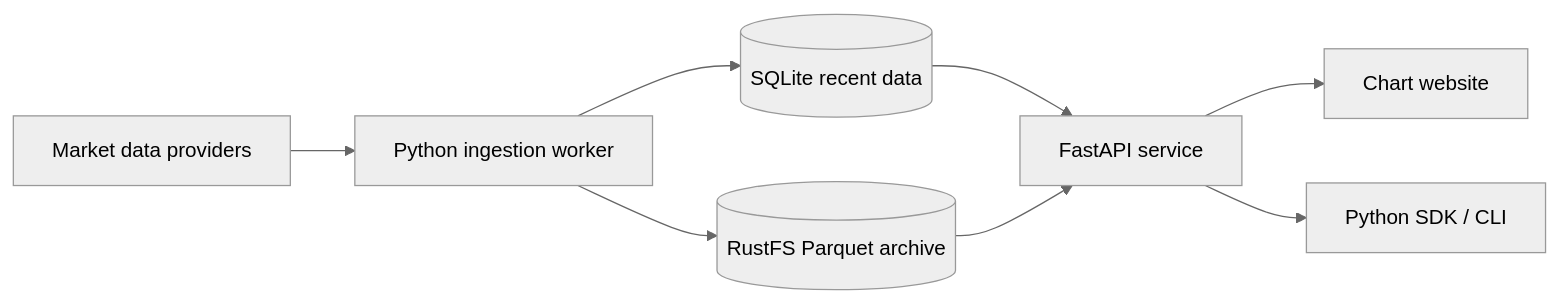
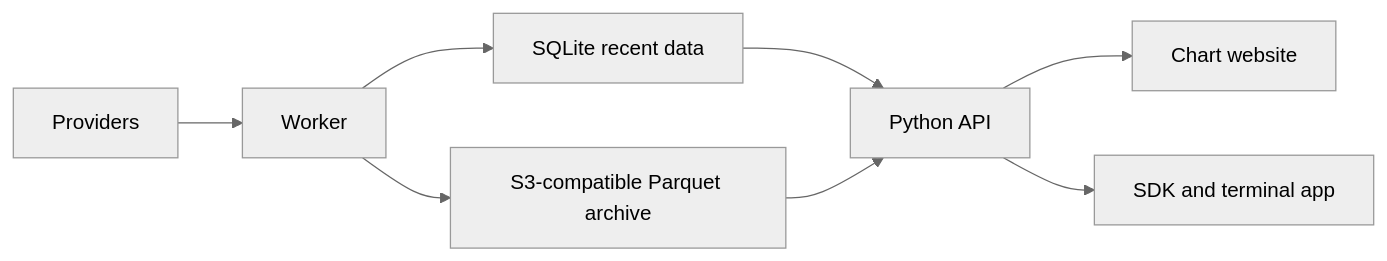
One commit to quanhua92/aipriceaction changed the diagram in README.md. Above: the diagram before and after it, drawn with Mermaid (neutral theme). The commit also changed other lines of this file and 16 other files, not shown here.

````diff
--- a/README.md
+++ b/README.md
@@ -31,10 +19,10 @@
 ```mermaid
 flowchart LR
-  P[Market data providers] --> W[Python ingestion worker]
-  W --> S[(SQLite recent data)]
-  W --> A[(RustFS Parquet archive)]
-  S --> API[FastAPI service]
-  A --> API
-  API --> C[Chart website]
-  API --> SDK[Python SDK / CLI]
+  Providers --> Worker
+  Worker --> SQLite[SQLite recent data]
+  Worker --> Archive[S3-compatible Parquet archive]
+  SQLite --> API[Python API]
+  Archive --> API
+  API --> Web[Chart website]
+  API --> Clients[SDK and terminal app]
 ```
````
